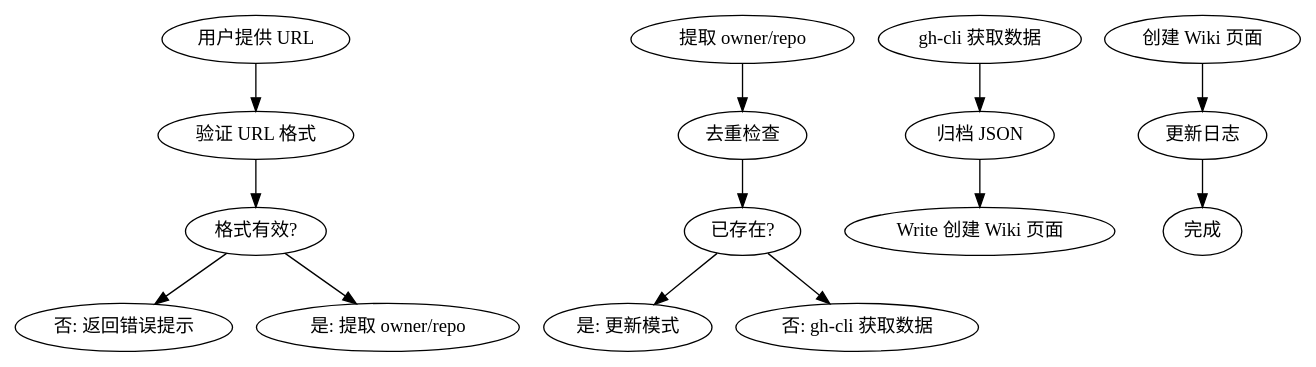
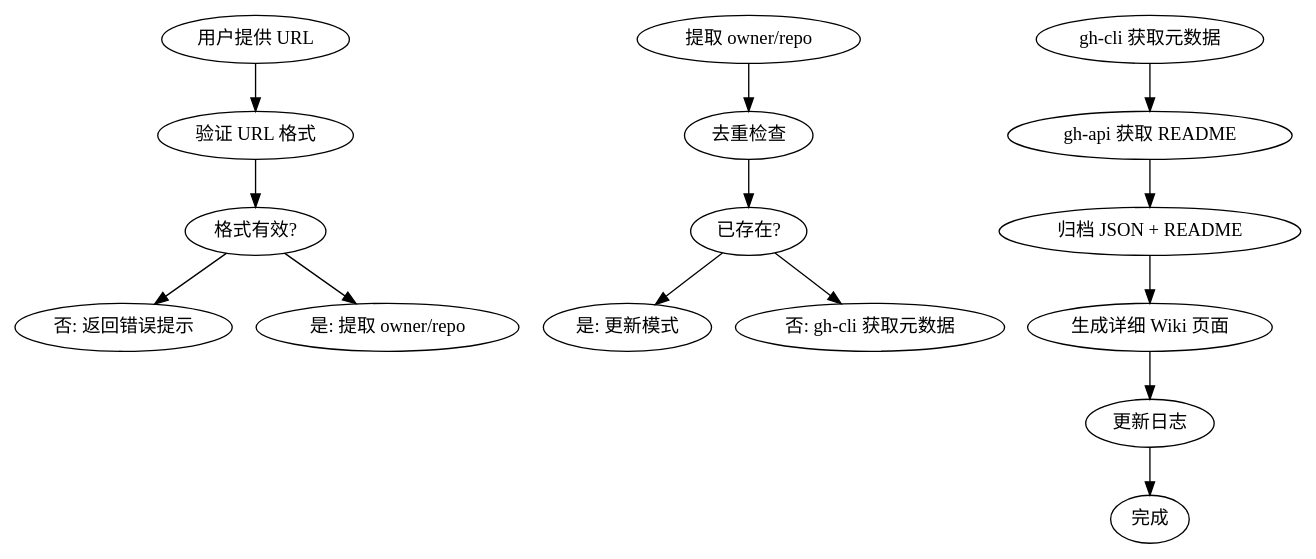
One commit to touchX/CC-Obsidian-wiki changed the diagram in .claude/skills/github-collect/SKILL.md. Above: the diagram before and after it, drawn with Graphviz. The commit also changed other lines of this file and 8 other files, not shown here.

First line of the commit message:
feat: github-collect skill 升级到 v3.0 详细文档模式

````diff
--- a/.claude/skills/github-collect/SKILL.md
+++ b/.claude/skills/github-collect/SKILL.md
@@ -31,16 +31,17 @@
 ```dot
-digraph github_collect_optimized {
+digraph github_collect_detailed {
   "用户提供 URL" -> "验证 URL 格式"
   "验证 URL 格式" -> "格式有效?"
   "格式有效?" -> "否: 返回错误提示"
   "格式有效?" -> "是: 提取 owner/repo"
   "提取 owner/repo" -> "去重检查"
   "去重检查" -> "已存在?"
   "已存在?" -> "是: 更新模式"
-  "已存在?" -> "否: gh-cli 获取数据"
-  "gh-cli 获取数据" -> "归档 JSON"
-  "归档 JSON" -> "Write 创建 Wiki 页面"
-  "创建 Wiki 页面" -> "更新日志"
+  "已存在?" -> "否: gh-cli 获取元数据"
+  "gh-cli 获取元数据" -> "gh-api 获取 README"
+  "gh-api 获取 README" -> "归档 JSON + README"
+  "归档 JSON + README" -> "生成详细 Wiki 页面"
+  "生成详细 Wiki 页面" -> "更新日志"
   "更新日志" -> "完成"
 }
 ```
````
